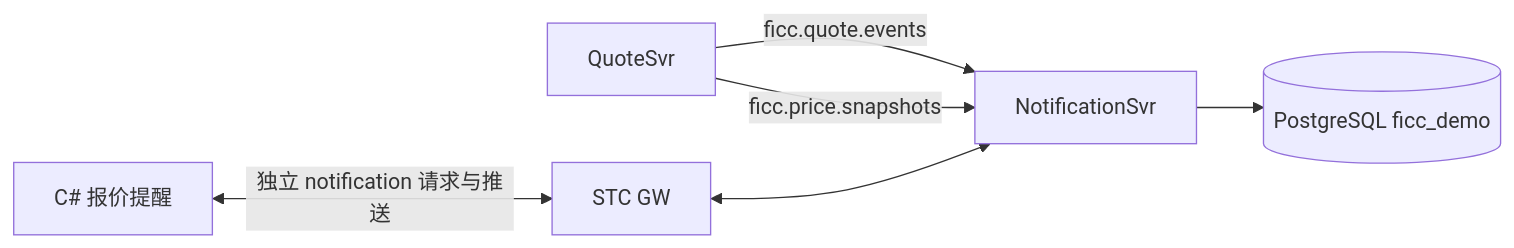
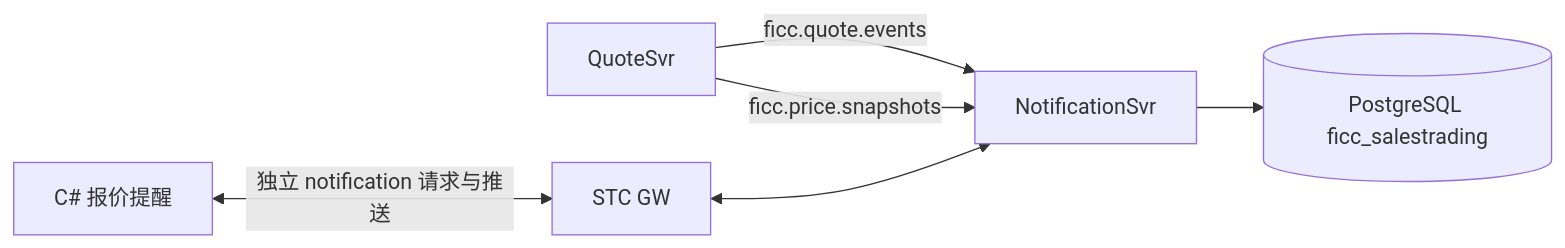
The diagram in iteration1/docs/notifications.zh-CN.md (stepinto163/cczq-salestrading), drawn with Mermaid before and after one commit. The commit also changed other lines of this file and 94 other files, not shown here.

````diff
--- a/iteration1/docs/notifications.zh-CN.md
+++ b/iteration1/docs/notifications.zh-CN.md
@@ -5,8 +5,8 @@
 ```mermaid
 flowchart LR
   Q[QuoteSvr] -->|ficc.quote.events| N[NotificationSvr]
   Q -->|ficc.price.snapshots| N
-  N --> DB[(PostgreSQL ficc_demo)]
+  N --> DB[(PostgreSQL ficc_salestrading)]
   C[C# 报价提醒] <-->|独立 notification 请求与推送| GW[STC GW]
   GW <--> N
 ```
````
